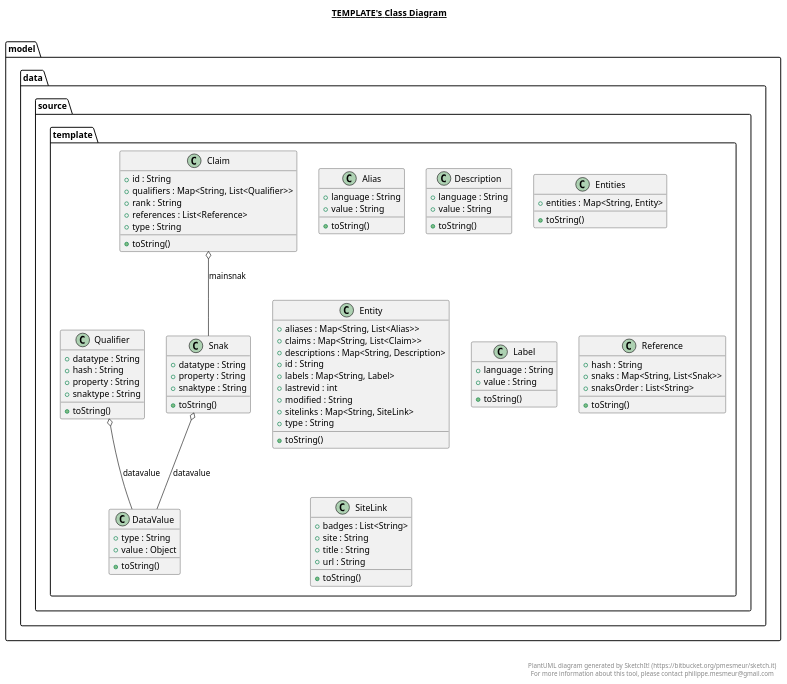
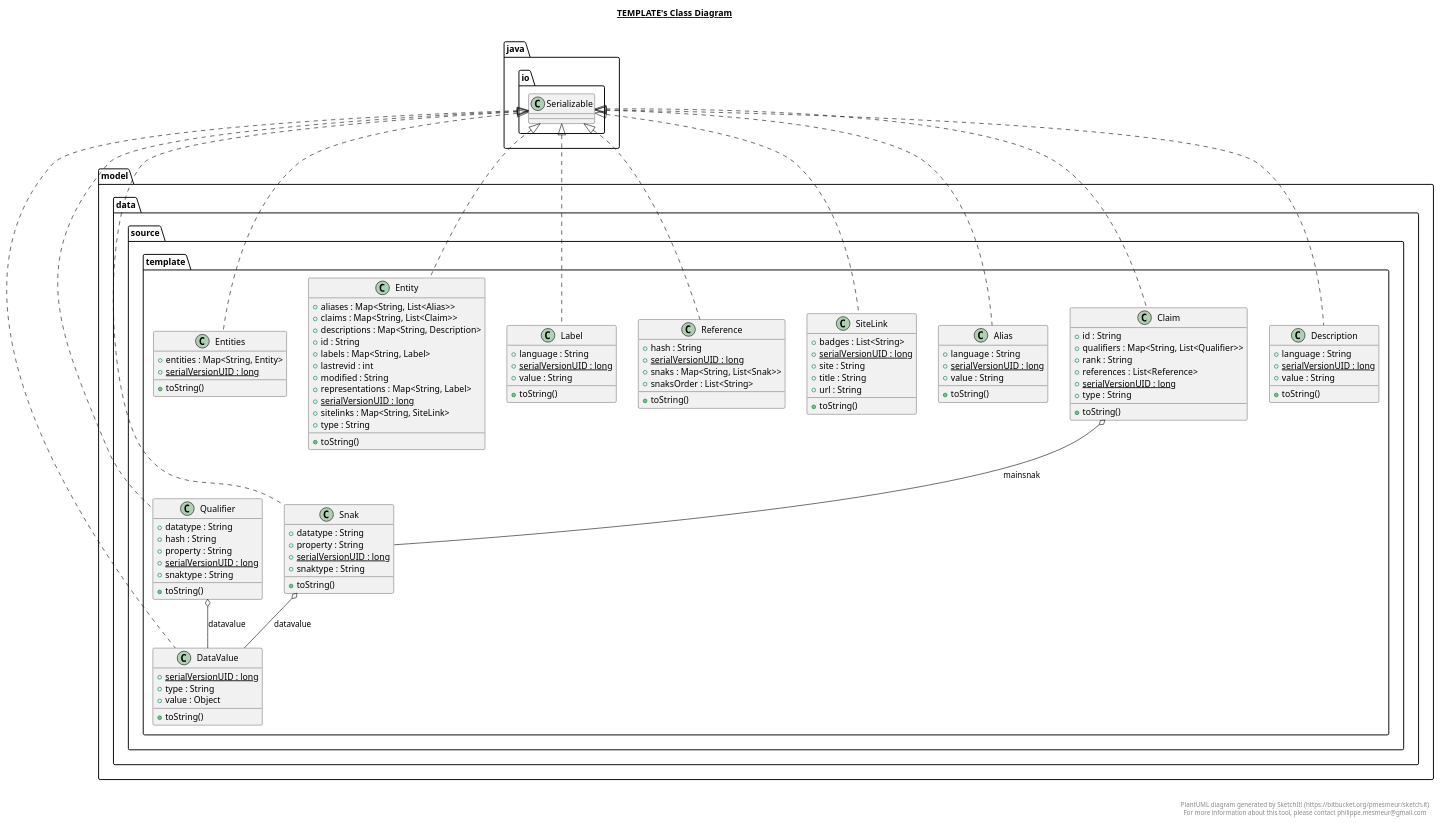
The diagram in src/main/model/data/source/template/template.plantuml (Bryce-MW/WikidataExplorer), drawn with PlantUML before and after one commit. The commit also changed 28 other files, not shown here.

Commit message:
Tested about as much as can reasonably be done without a lot of reflection. I've also updated diagrams, added an image diagram to the top level and a screenshot of my original UI design to the top level.

```diff
--- a/src/main/model/data/source/template/template.plantuml
+++ b/src/main/model/data/source/template/template.plantuml
@@ -1,175 +1,198 @@
 @startuml
 
 title __TEMPLATE's Class Diagram__\n
 
   namespace model.data {
     namespace source {
       namespace template {
         class model.data.source.template.Alias {
             + language : String
+            {static} + serialVersionUID : long
             + value : String
             + toString()
         }
       }
     }
   }
   
 
   namespace model.data {
     namespace source {
       namespace template {
         class model.data.source.template.Claim {
             + id : String
             + qualifiers : Map<String, List<Qualifier>>
             + rank : String
             + references : List<Reference>
+            {static} + serialVersionUID : long
             + type : String
             + toString()
         }
       }
     }
   }
   
 
   namespace model.data {
     namespace source {
       namespace template {
         class model.data.source.template.DataValue {
+            {static} + serialVersionUID : long
             + type : String
             + value : Object
             + toString()
         }
       }
     }
   }
   
 
   namespace model.data {
     namespace source {
       namespace template {
         class model.data.source.template.Description {
             + language : String
+            {static} + serialVersionUID : long
             + value : String
             + toString()
         }
       }
     }
   }
   
 
   namespace model.data {
     namespace source {
       namespace template {
         class model.data.source.template.Entities {
             + entities : Map<String, Entity>
+            {static} + serialVersionUID : long
             + toString()
         }
       }
     }
   }
   
 
   namespace model.data {
     namespace source {
       namespace template {
         class model.data.source.template.Entity {
             + aliases : Map<String, List<Alias>>
             + claims : Map<String, List<Claim>>
             + descriptions : Map<String, Description>
             + id : String
             + labels : Map<String, Label>
             + lastrevid : int
             + modified : String
+            + representations : Map<String, Label>
+            {static} + serialVersionUID : long
             + sitelinks : Map<String, SiteLink>
             + type : String
             + toString()
         }
       }
     }
   }
   
 
   namespace model.data {
     namespace source {
       namespace template {
         class model.data.source.template.Label {
             + language : String
+            {static} + serialVersionUID : long
             + value : String
             + toString()
         }
       }
     }
   }
   
 
   namespace model.data {
     namespace source {
       namespace template {
         class model.data.source.template.Qualifier {
             + datatype : String
             + hash : String
             + property : String
+            {static} + serialVersionUID : long
             + snaktype : String
             + toString()
         }
       }
     }
   }
   
 
   namespace model.data {
     namespace source {
       namespace template {
         class model.data.source.template.Reference {
             + hash : String
+            {static} + serialVersionUID : long
             + snaks : Map<String, List<Snak>>
             + snaksOrder : List<String>
             + toString()
         }
       }
     }
   }
   
 
   namespace model.data {
     namespace source {
       namespace template {
         class model.data.source.template.SiteLink {
             + badges : List<String>
+            {static} + serialVersionUID : long
             + site : String
             + title : String
             + url : String
             + toString()
         }
       }
     }
   }
   
 
   namespace model.data {
     namespace source {
       namespace template {
         class model.data.source.template.Snak {
             + datatype : String
             + property : String
+            {static} + serialVersionUID : long
             + snaktype : String
             + toString()
         }
       }
     }
   }
   
 
+  model.data.source.template.Alias .up.|> java.io.Serializable
+  model.data.source.template.Claim .up.|> java.io.Serializable
   model.data.source.template.Claim o-- model.data.source.template.Snak : mainsnak
+  model.data.source.template.DataValue .up.|> java.io.Serializable
+  model.data.source.template.Description .up.|> java.io.Serializable
+  model.data.source.template.Entities .up.|> java.io.Serializable
+  model.data.source.template.Entity .up.|> java.io.Serializable
+  model.data.source.template.Label .up.|> java.io.Serializable
+  model.data.source.template.Qualifier .up.|> java.io.Serializable
   model.data.source.template.Qualifier o-- model.data.source.template.DataValue : datavalue
+  model.data.source.template.Reference .up.|> java.io.Serializable
+  model.data.source.template.SiteLink .up.|> java.io.Serializable
+  model.data.source.template.Snak .up.|> java.io.Serializable
   model.data.source.template.Snak o-- model.data.source.template.DataValue : datavalue
 
 
 right footer
 
 
 PlantUML diagram generated by SketchIt! (https://bitbucket.org/pmesmeur/sketch.it)
 For more information about this tool, please contact philippe.mesmeur@gmail.com
 endfooter
 
 @enduml
```
